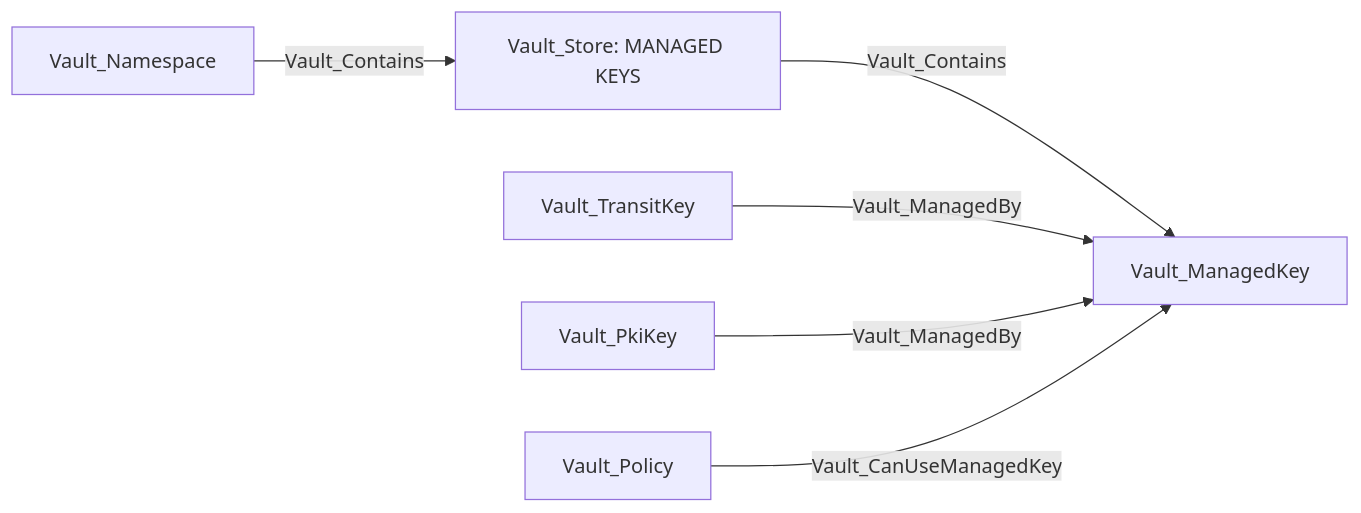
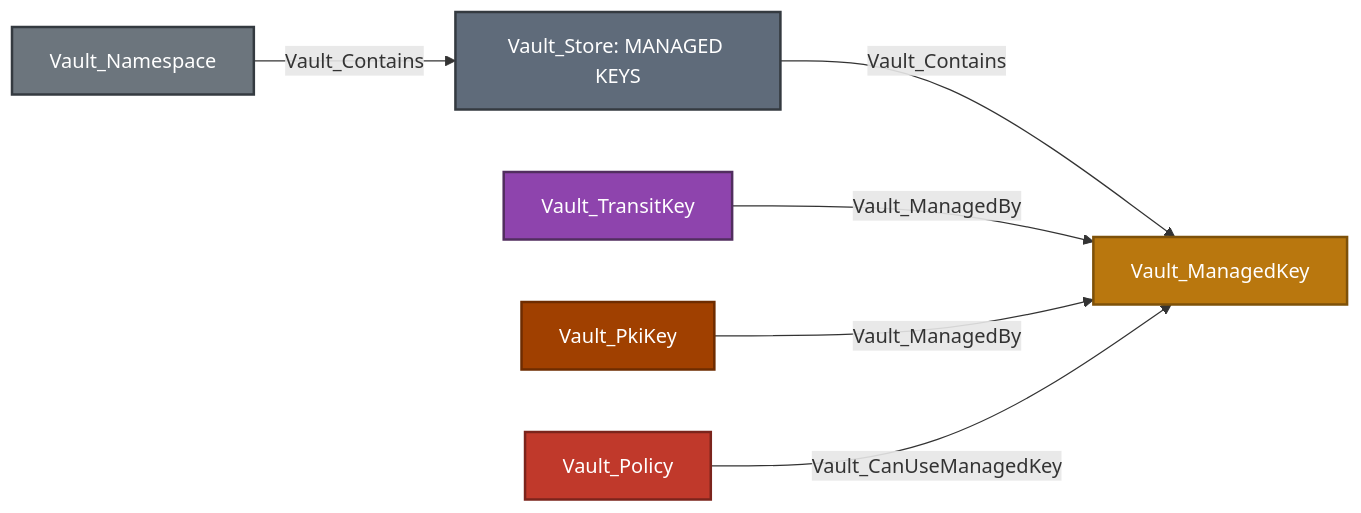
Before and after one commit to bytewreck/opengraph-vault: the first of 3 diagrams in Documentation/stores/MANAGED_KEYS.md, drawn with Mermaid. The commit also changed other lines of this file and 4 other files, not shown here.

````diff
--- a/Documentation/stores/MANAGED_KEYS.md
+++ b/Documentation/stores/MANAGED_KEYS.md
@@ -5,8 +5,15 @@
 ```mermaid
 flowchart LR
-    namespace[Vault_Namespace] -->|Vault_Contains| store[Vault_Store: MANAGED KEYS]
-    store -->|Vault_Contains| managed[Vault_ManagedKey]
-    transit[Vault_TransitKey] -->|Vault_ManagedBy| managed
-    pki[Vault_PkiKey] -->|Vault_ManagedBy| managed
-    policy[Vault_Policy] -->|Vault_CanUseManagedKey| managed
+    namespace[Vault_Namespace]:::namespaceNode -->|Vault_Contains| store[Vault_Store: MANAGED KEYS]:::storeNode
+    store -->|Vault_Contains| managed[Vault_ManagedKey]:::managedKeyNode
+    transit[Vault_TransitKey]:::transitKeyNode -->|Vault_ManagedBy| managed
+    pki[Vault_PkiKey]:::pkiKeyNode -->|Vault_ManagedBy| managed
+    policy[Vault_Policy]:::policyNode -->|Vault_CanUseManagedKey| managed
+
+    classDef namespaceNode fill:#6C757D,color:#fff,stroke:#343A40,stroke-width:2px
+    classDef storeNode fill:#5F6B7A,color:#fff,stroke:#343A40,stroke-width:2px
+    classDef managedKeyNode fill:#B9770E,color:#fff,stroke:#7E5109,stroke-width:2px
+    classDef transitKeyNode fill:#8E44AD,color:#fff,stroke:#512E5F,stroke-width:2px
+    classDef pkiKeyNode fill:#A04000,color:#fff,stroke:#6E2C00,stroke-width:2px
+    classDef policyNode fill:#C0392B,color:#fff,stroke:#7B241C,stroke-width:2px
 ```
````
